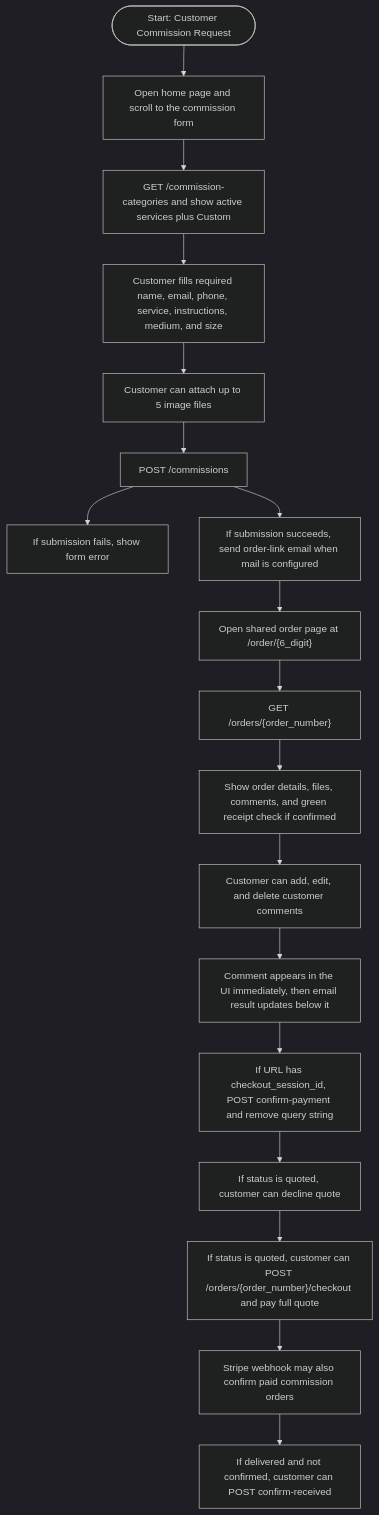
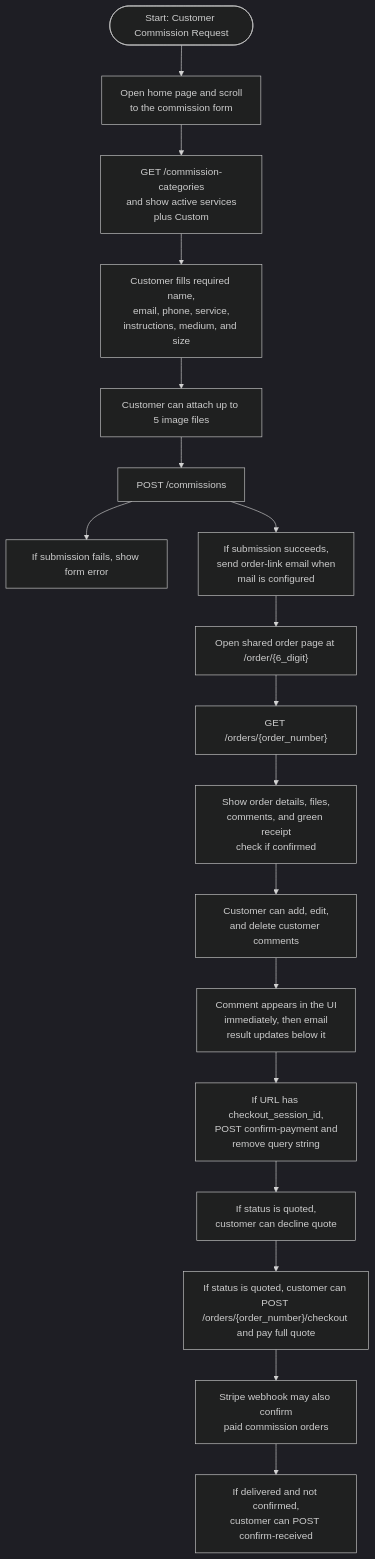
One commit to david-lytikainen/SAS changed the second of 3 diagrams in 0_KC/flowchart.md. Above: the diagram before and after it, drawn with Mermaid (dark theme). The commit also changed other lines of this file and 6 other files, not shown here.

Commit message:
Polish KC flowcharts

````diff
--- a/0_KC/flowchart.md
+++ b/0_KC/flowchart.md
@@ -39,25 +39,25 @@
 ```mermaid
 flowchart TB
   B0([Start: Customer Commission Request])
-  B1[Open home page and scroll to the commission form]
-  B2[GET /commission-categories and show active services plus Custom]
-  B3[Customer fills required name, email, phone, service, instructions, medium, and size]
+  B1["Open home page and scroll<br/>to the commission form"]
+  B2["GET /commission-categories<br/>and show active services<br/>plus Custom"]
+  B3["Customer fills required name,<br/>email, phone, service,<br/>instructions, medium, and size"]
   B4[Customer can attach up to 5 image files]
   B5[POST /commissions]
   B6[If submission fails, show form error]
-  B7[If submission succeeds, send order-link email when mail is configured]
+  B7["If submission succeeds,<br/>send order-link email when<br/>mail is configured"]
   B8["Open shared order page at /order/{6_digit}"]
   B9["GET /orders/{order_number}"]
-  B10[Show order details, files, comments, and green receipt check if confirmed]
-  B11[Customer can add, edit, and delete customer comments]
-  B12[Comment appears in the UI immediately, then email result updates below it]
-  B13[If URL has checkout_session_id, POST confirm-payment and remove query string]
-  B14[If status is quoted, customer can decline quote]
+  B10["Show order details, files,<br/>comments, and green receipt<br/>check if confirmed"]
+  B11["Customer can add, edit,<br/>and delete customer comments"]
+  B12["Comment appears in the UI<br/>immediately, then email<br/>result updates below it"]
+  B13["If URL has checkout_session_id,<br/>POST confirm-payment and<br/>remove query string"]
+  B14["If status is quoted,<br/>customer can decline quote"]
   B15["If status is quoted, customer can POST /orders/{order_number}/checkout and pay full quote"]
-  B16[Stripe webhook may also confirm paid commission orders]
-  B17[If delivered and not confirmed, customer can POST confirm-received]
+  B16["Stripe webhook may also confirm<br/>paid commission orders"]
+  B17["If delivered and not confirmed,<br/>customer can POST confirm-received"]
 
   B0 --> B1 --> B2 --> B3 --> B4 --> B5
   B5 --> B6
   B5 --> B7 --> B8 --> B9 --> B10 --> B11 --> B12 --> B13 --> B14 --> B15 --> B16 --> B17
 ```
````
